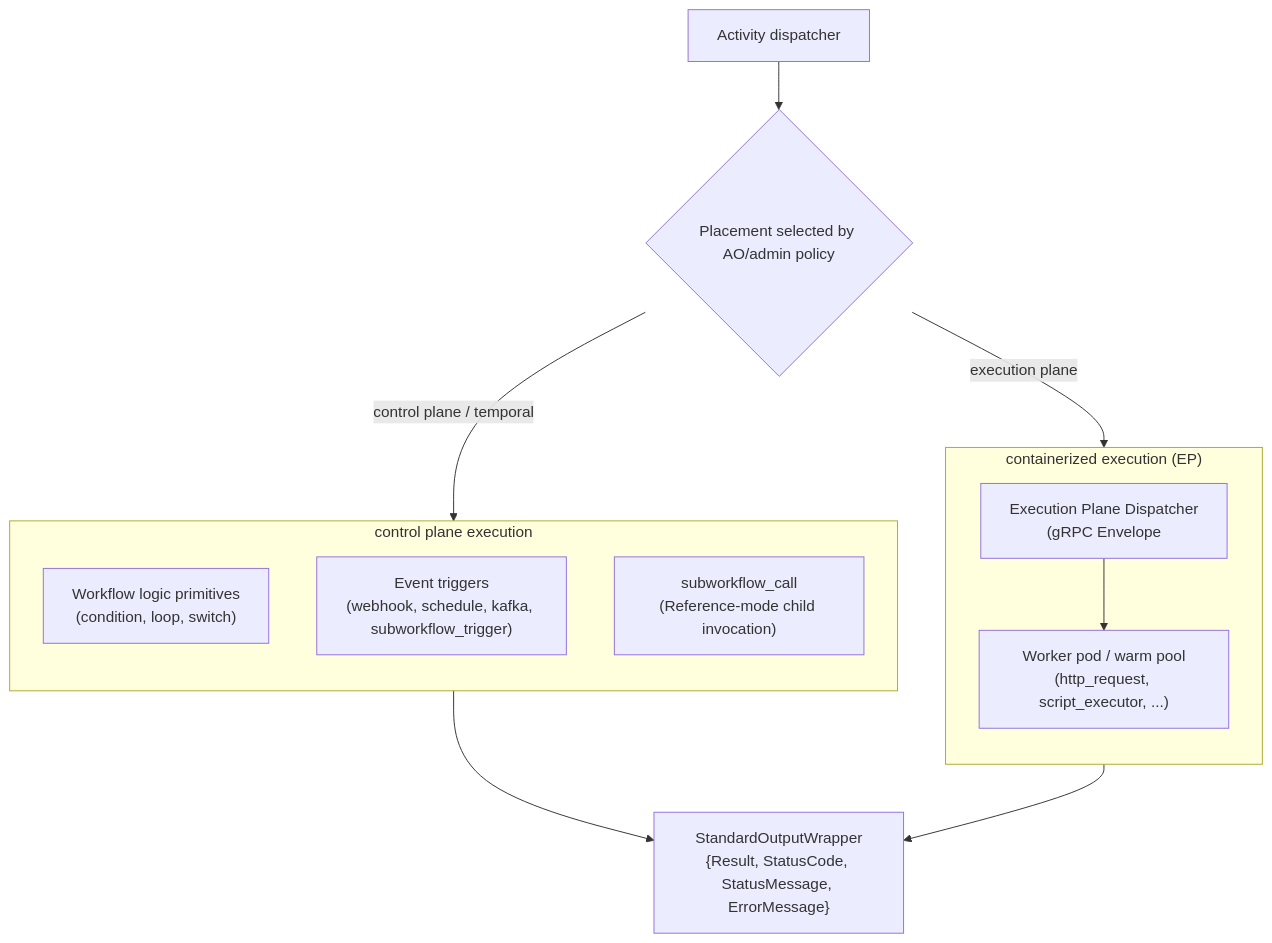
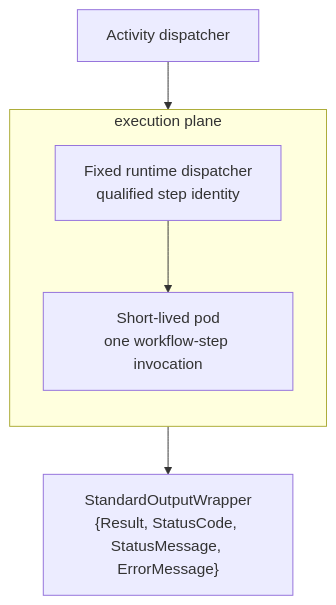
One commit to syntara-orchestration/syntara-node-sdk changed the fourth of 6 diagrams in docs/architecture.md. Above: the diagram before and after it, drawn with Mermaid. The commit also changed other lines of this file and 26 other files, not shown here.

````diff
--- a/docs/architecture.md
+++ b/docs/architecture.md
@@ -434,27 +428,14 @@
 ```mermaid
 graph TB
     GRAPH["Activity dispatcher"]
-    FORK{"Placement selected by AO/admin policy"}
-
-    subgraph INPROC_BOX["control plane execution"]
+    subgraph CONTAINER_BOX["execution plane"]
         direction TB
-        CTRL["Workflow logic primitives<br />(condition, loop, switch)"]
-        TRIG_NODE["Event triggers<br />(webhook, schedule, kafka, subworkflow_trigger)"]
-        SUBWF_CALL["subworkflow_call<br />(Reference-mode child invocation)"]
-    end
-
-    subgraph CONTAINER_BOX["containerized execution (EP)"]
-        direction TB
-        EXEC_DISPATCH["Execution Plane Dispatcher<br />(gRPC Envelope"]
-        WORKER_POD["Worker pod / warm pool<br />(http_request, script_executor, ...)"]
+        EXEC_DISPATCH["Fixed runtime dispatcher<br />qualified step identity"]
+        WORKER_POD["Short-lived pod<br />one workflow-step invocation"]
     end
 
     RESULT["StandardOutputWrapper<br />{Result, StatusCode, StatusMessage, ErrorMessage}"]
 
-    GRAPH --> FORK
-    FORK -->|control plane / temporal| INPROC_BOX
-    FORK -->|execution plane| CONTAINER_BOX
-
-    INPROC_BOX --> RESULT
+    GRAPH --> CONTAINER_BOX
     EXEC_DISPATCH --> WORKER_POD --> RESULT
 ```
````
